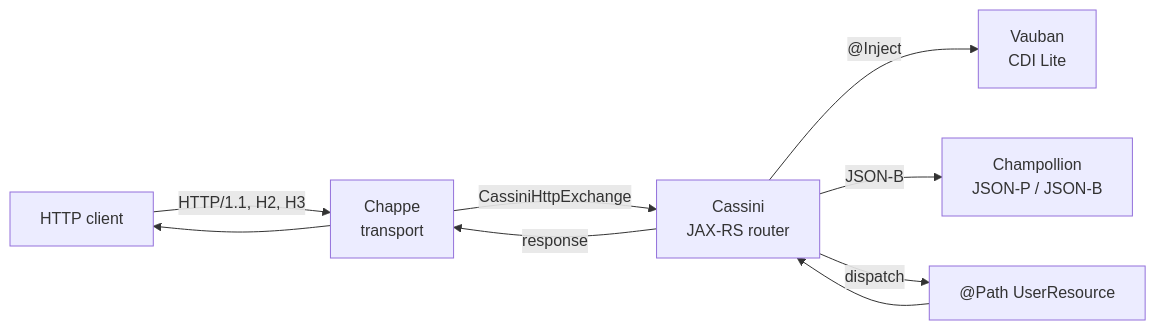
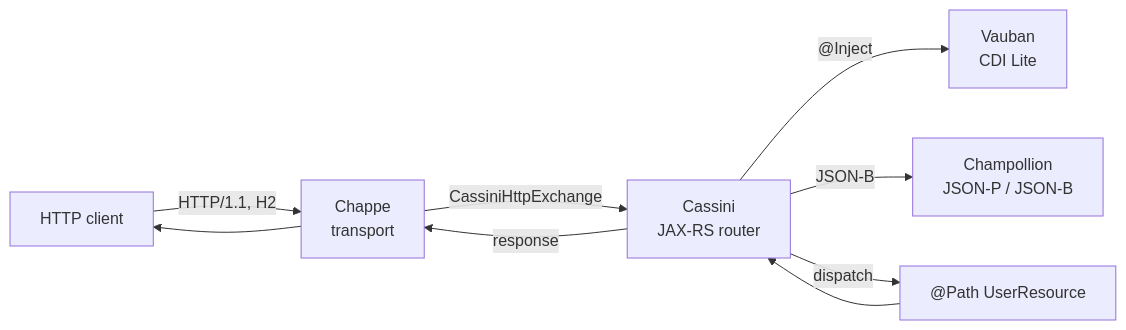
The diagram in vidocq-components/vidocq-components-jakartaee/vidocq-components-jakartaee-core/cassini/docs/en/modules/ROOT/pages/index.adoc (vidocq-stack/vidocq), drawn with Mermaid before and after one commit. The commit also changed other lines of this file and 176 other files, not shown here.

```diff
--- a/vidocq-components/vidocq-components-jakartaee/vidocq-components-jakartaee-core/cassini/docs/en/modules/ROOT/pages/index.adoc
+++ b/vidocq-components/vidocq-components-jakartaee/vidocq-components-jakartaee-core/cassini/docs/en/modules/ROOT/pages/index.adoc
@@ -42,12 +42,12 @@
 [mermaid]
 ....
 flowchart LR
-  Client[HTTP client] -->|HTTP/1.1, H2, H3| Chappe[Chappe<br/>transport]
+  Client[HTTP client] -->|HTTP/1.1, H2| Chappe[Chappe<br/>transport]
   Chappe -->|CassiniHttpExchange| Cassini[Cassini<br/>JAX-RS router]
   Cassini -->|"@Inject"| Vauban[Vauban<br/>CDI Lite]
   Cassini -->|JSON-B| Champollion[Champollion<br/>JSON-P / JSON-B]
   Cassini -->|dispatch| Resource["@Path UserResource"]
   Resource --> Cassini
   Cassini -->|response| Chappe
   Chappe --> Client
 ....
```
